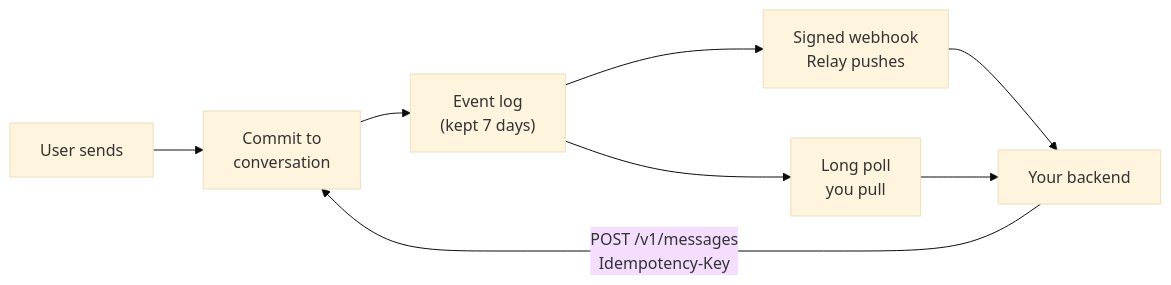
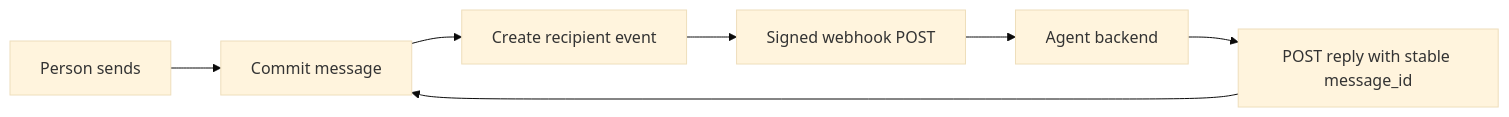
One commit to RelayMessenger/Relay-Docs changed the diagram in guides/delivery-model.mdx. Above: the diagram before and after it, drawn with Mermaid (base theme). The commit also changed other lines of this file and 30 other files, not shown here.

Commit message:
Document webhook-only Linq event delivery

````diff
--- a/guides/delivery-model.mdx
+++ b/guides/delivery-model.mdx
@@ -18,10 +9,9 @@
 ```mermaid
 flowchart LR
-  U["User sends"] --> C["Commit to<br/>conversation"]
-  C --> L["Event log<br/>(kept 7 days)"]
-  L --> W["Signed webhook<br/>Relay pushes"]
-  L --> P["Long poll<br/>you pull"]
-  W --> B["Your backend"]
-  P --> B
-  B -- "POST /v1/messages<br/>Idempotency-Key" --> C
+  U["Person sends"] --> C["Commit message"]
+  C --> E["Create recipient event"]
+  E --> W["Signed webhook POST"]
+  W --> B["Agent backend"]
+  B --> R["POST reply with stable message_id"]
+  R --> C
 ```
````
